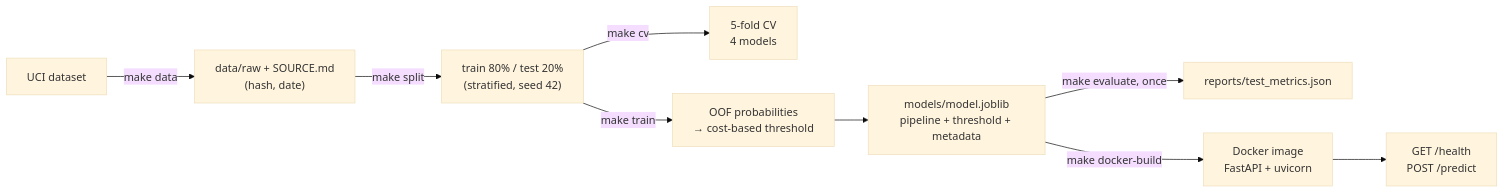
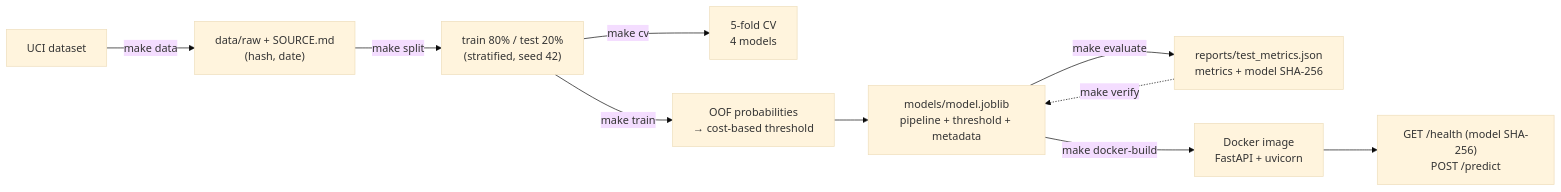
The diagram in README.md (vladzpop11/credit-default-risk), drawn with Mermaid (base theme) before and after one commit. The commit also changed other lines of this file, not shown here.

Commit message:
docs: README test-set history, reproducibility section, corrected numbers

````diff
--- a/README.md
+++ b/README.md
@@ -57,11 +78,12 @@
 ```mermaid
 flowchart LR
   A["UCI dataset"] -->|make data| B["data/raw + SOURCE.md<br/>(hash, date)"]
   B -->|make split| C["train 80% / test 20%<br/>(stratified, seed 42)"]
   C -->|make cv| D["5-fold CV<br/>4 models"]
   C -->|make train| E["OOF probabilities<br/>→ cost-based threshold"]
   E --> F["models/model.joblib<br/>pipeline + threshold + metadata"]
-  F -->|make evaluate, once| G["reports/test_metrics.json"]
+  F -->|make evaluate| G["reports/test_metrics.json<br/>metrics + model SHA-256"]
   F -->|make docker-build| H["Docker image<br/>FastAPI + uvicorn"]
-  H --> I["GET /health<br/>POST /predict"]
+  H --> I["GET /health (model SHA-256)<br/>POST /predict"]
+  G -.->|make verify| F
 ```
````
